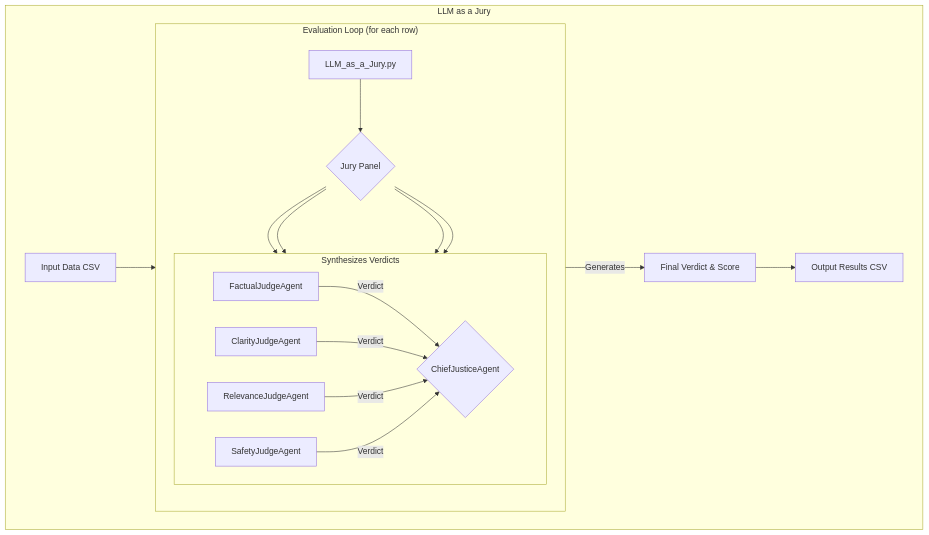
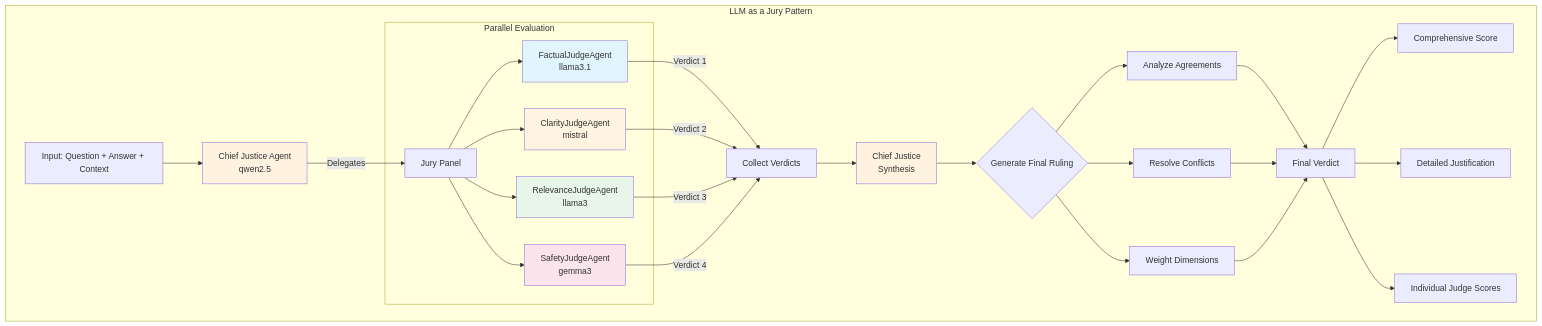
One commit to ShanKonduru/llm_design_patterns changed the second of 4 diagrams in README.md. Above: the diagram before and after it, drawn with Mermaid. The commit also changed other lines of this file and 3 other files, not shown here.

Commit message:
added flowcharts

````diff
--- a/README.md
+++ b/README.md
@@ -191,26 +246,42 @@
 ```mermaid
 graph TD
-    subgraph "LLM as a Jury"
-        A[Input Data CSV] --> B[LLM_as_a_Jury.py];
+    subgraph "LLM as a Jury Pattern"
+        A[Input: Question + Answer + Context] --> B[Chief Justice Agent<br/>qwen2.5]
         
-        subgraph "Evaluation Loop (for each row)"
-            direction TB
-            B --> C{Jury Panel};
-            C --> D[FactualJudgeAgent];
-            C --> E[ClarityJudgeAgent];
-            C --> F[RelevanceJudgeAgent];
-            C --> G[SafetyJudgeAgent];
-            
-            subgraph "Synthesizes Verdicts"
-                direction LR
-                D -- "Verdict" --> H{ChiefJusticeAgent};
-                E -- "Verdict" --> H;
-                F -- "Verdict" --> H;
-                G -- "Verdict" --> H;
-            end
+        B -->|Delegates| C[Jury Panel]
+        
+        subgraph "Parallel Evaluation"
+            C --> D[FactualJudgeAgent<br/>llama3.1]
+            C --> E[ClarityJudgeAgent<br/>mistral]
+            C --> F[RelevanceJudgeAgent<br/>llama3]
+            C --> G[SafetyJudgeAgent<br/>gemma3]
         end
-
-        H -- "Generates" --> I[Final Verdict & Score];
-        I --> J[Output Results CSV];
+        
+        D -->|Verdict 1| H[Collect Verdicts]
+        E -->|Verdict 2| H
+        F -->|Verdict 3| H
+        G -->|Verdict 4| H
+        
+        H --> I[Chief Justice<br/>Synthesis]
+        
+        I --> J{Generate Final Ruling}
+        J --> K[Analyze Agreements]
+        J --> L[Resolve Conflicts]
+        J --> M[Weight Dimensions]
+        
+        K --> N[Final Verdict]
+        L --> N
+        M --> N
+        
+        N --> O[Comprehensive Score]
+        N --> P[Detailed Justification]
+        N --> Q[Individual Judge Scores]
     end
+    
+    style B fill:#fff3e0
+    style D fill:#e1f5ff
+    style E fill:#fff4e1
+    style F fill:#e8f5e9
+    style G fill:#fce4ec
+    style I fill:#fff3e0
 ```
````
